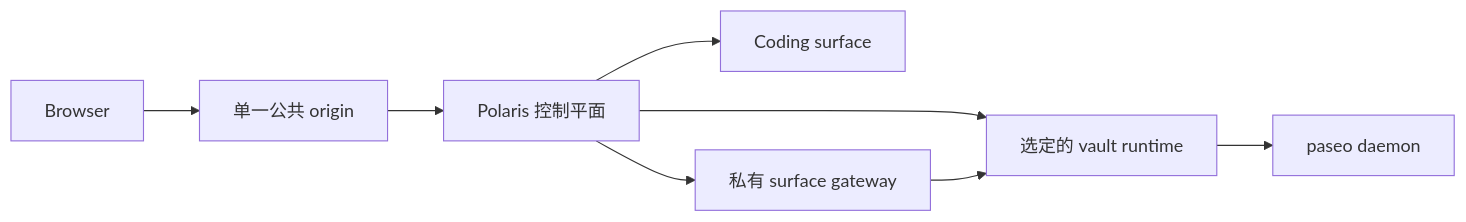
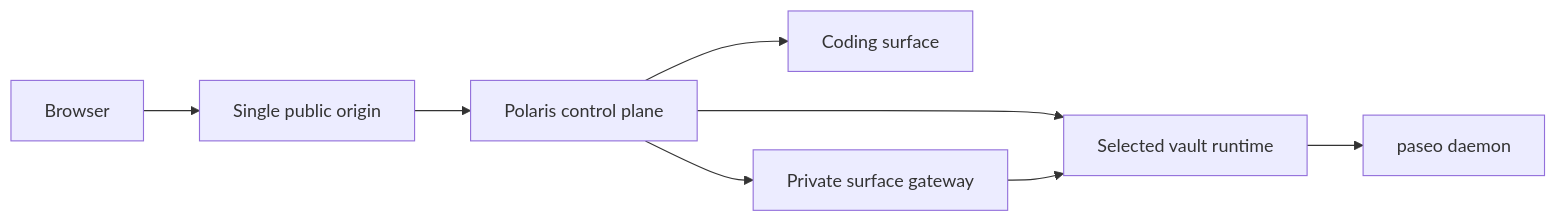
One commit to 55aaseclab/Polaris changed the fourth of 4 diagrams in apps/docs/site/development/prd.md. Above: the diagram before and after it, drawn with Mermaid. The commit also changed other lines of this file and 1 other file, not shown here.

````diff
--- a/apps/docs/site/development/prd.md
+++ b/apps/docs/site/development/prd.md
@@ -272,10 +292,10 @@
 ```mermaid
 flowchart LR
-  B[Browser] --> O[单一公共 origin]
-  O --> P[Polaris 控制平面]
+  B[Browser] --> O[Single public origin]
+  O --> P[Polaris control plane]
   P --> CS[Coding surface]
-  P --> GW[私有 surface gateway]
-  P --> RT[选定的 vault runtime]
+  P --> GW[Private surface gateway]
+  P --> RT[Selected vault runtime]
   GW --> RT
   RT --> DA[paseo daemon]
 ```
````
